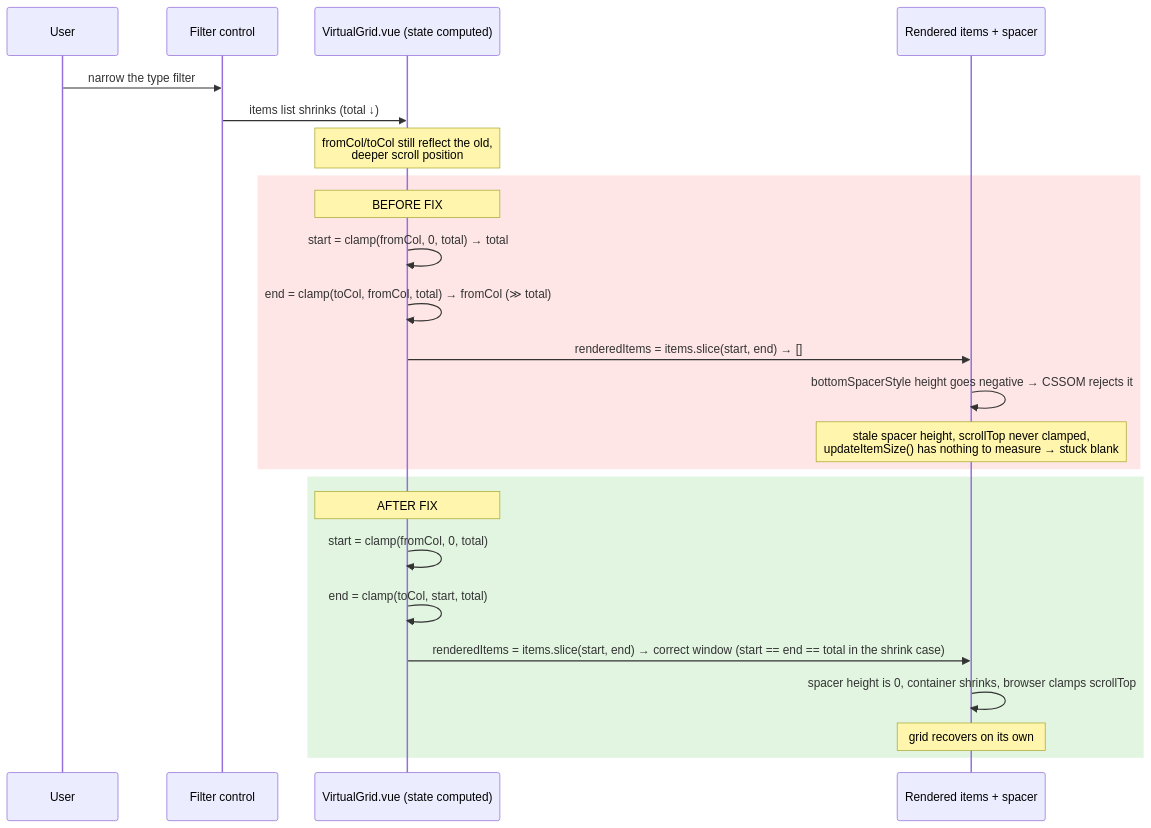
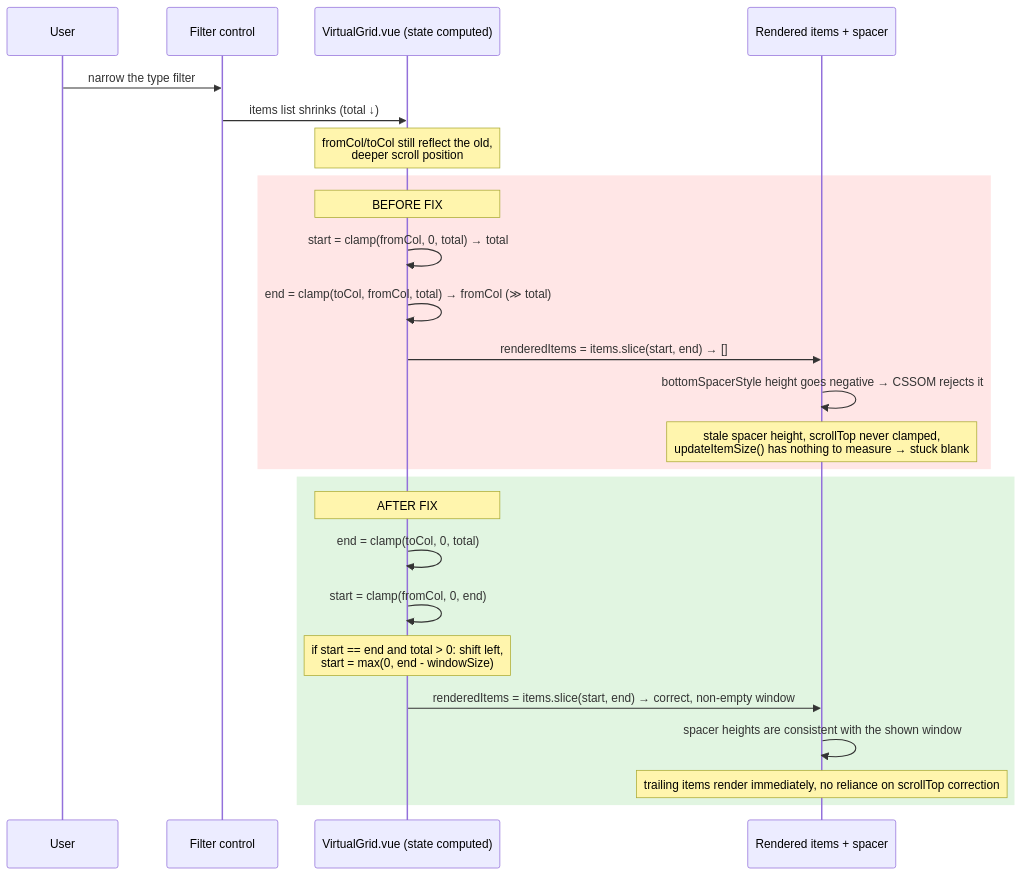
The diagram in docs/tdd/2026-09-qa-followup-security-and-stability-fixes.md (Comfy-Org/ComfyUI_frontend), drawn with Mermaid before and after one commit. The commit also changed other lines of this file, not shown here.

````diff
--- a/docs/tdd/2026-09-qa-followup-security-and-stability-fixes.md
+++ b/docs/tdd/2026-09-qa-followup-security-and-stability-fixes.md
@@ -68,29 +68,30 @@
 ```mermaid
 sequenceDiagram
     participant User
     participant Filter as Filter control
     participant Grid as VirtualGrid.vue (state computed)
     participant DOM as Rendered items + spacer
 
     User->>Filter: narrow the type filter
     Filter->>Grid: items list shrinks (total ↓)
     Note over Grid: fromCol/toCol still reflect the old,<br/>deeper scroll position
 
     rect rgb(255,230,230)
     Note over Grid: BEFORE FIX
     Grid->>Grid: start = clamp(fromCol, 0, total) → total
     Grid->>Grid: end = clamp(toCol, fromCol, total) → fromCol (≫ total)
     Grid->>DOM: renderedItems = items.slice(start, end) → []
     DOM->>DOM: bottomSpacerStyle height goes negative → CSSOM rejects it
     Note over DOM: stale spacer height, scrollTop never clamped,<br/>updateItemSize() has nothing to measure → stuck blank
     end
 
     rect rgb(225,245,225)
     Note over Grid: AFTER FIX
-    Grid->>Grid: start = clamp(fromCol, 0, total)
-    Grid->>Grid: end = clamp(toCol, start, total)
-    Grid->>DOM: renderedItems = items.slice(start, end) → correct window (start == end == total in the shrink case)
-    DOM->>DOM: spacer height is 0, container shrinks, browser clamps scrollTop
-    Note over DOM: grid recovers on its own
+    Grid->>Grid: end = clamp(toCol, 0, total)
+    Grid->>Grid: start = clamp(fromCol, 0, end)
+    Note over Grid: if start == end and total > 0: shift left,<br/>start = max(0, end - windowSize)
+    Grid->>DOM: renderedItems = items.slice(start, end) → correct, non-empty window
+    DOM->>DOM: spacer heights are consistent with the shown window
+    Note over DOM: trailing items render immediately, no reliance on scrollTop correction
     end
 ```
````
